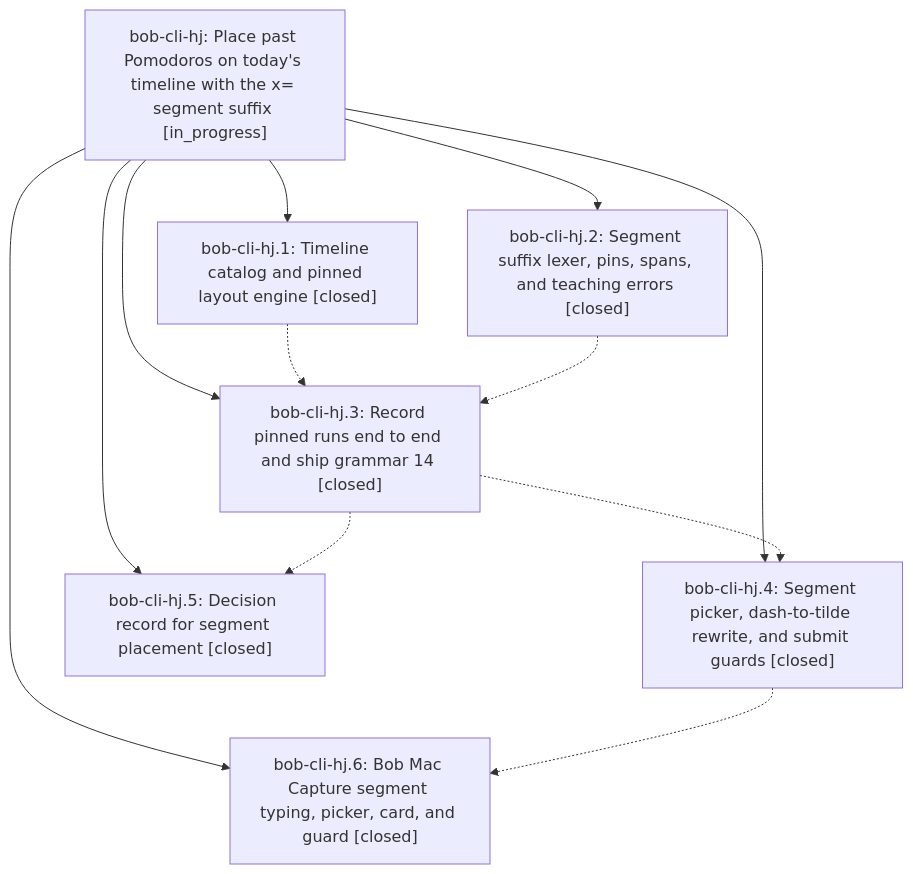
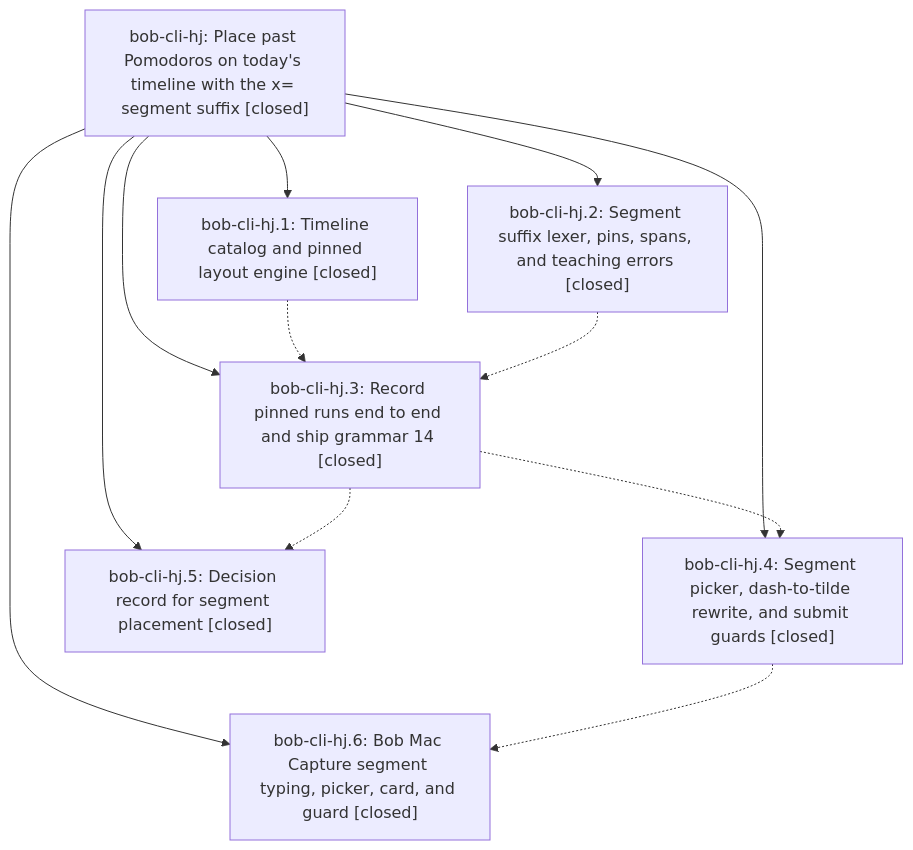
The diagram in pages/bob-cli-hj/README.md (bobs-org/bob-cli--beads), drawn with Mermaid before and after one commit. The commit also changed other lines of this file and 1 other file, not shown here.

First line of the commit message:
chore(beads): sync bead state and pages for bob-cli-hj

````diff
--- a/pages/bob-cli-hj/README.md
+++ b/pages/bob-cli-hj/README.md
@@ -41,21 +49,21 @@
 ```mermaid
 flowchart TD
-    n0["bob-cli-hj: Place past Pomodoros on today's timeline with the x= segment suffix [in_progress]"]
+    n0["bob-cli-hj: Place past Pomodoros on today's timeline with the x= segment suffix [closed]"]
     n1["bob-cli-hj.1: Timeline catalog and pinned layout engine [closed]"]
     n2["bob-cli-hj.2: Segment suffix lexer, pins, spans, and teaching errors [closed]"]
     n3["bob-cli-hj.3: Record pinned runs end to end and ship grammar 14 [closed]"]
     n4["bob-cli-hj.4: Segment picker, dash-to-tilde rewrite, and submit guards [closed]"]
     n5["bob-cli-hj.5: Decision record for segment placement [closed]"]
     n6["bob-cli-hj.6: Bob Mac Capture segment typing, picker, card, and guard [closed]"]
     n0 --> n1
     n0 --> n2
     n0 --> n3
     n0 --> n4
     n0 --> n5
     n0 --> n6
     n1 -.-> n3
     n2 -.-> n3
     n3 -.-> n4
     n3 -.-> n5
     n4 -.-> n6
 ```
````
